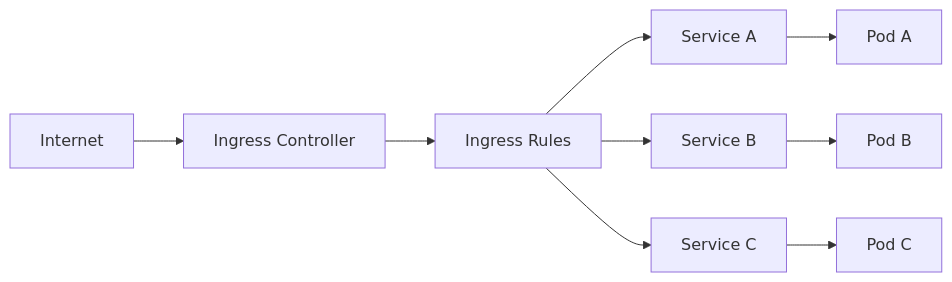
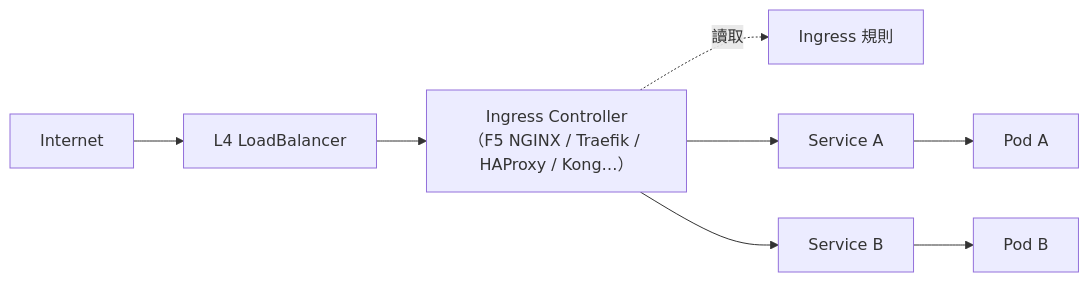
Before and after one commit to chihhung/Blog: diagram 12 of 31 in content/posts/教學/工具/Kubernetes教學手冊.md, drawn with Mermaid. The commit also changed other lines of this file and 8 other files, not shown here.

````diff
--- a/content/posts/教學/工具/Kubernetes教學手冊.md
+++ b/content/posts/教學/工具/Kubernetes教學手冊.md
@@ -798,11 +1892,10 @@
 ```mermaid
 flowchart LR
-    Internet[Internet] --> IC[Ingress Controller]
-    IC --> Ingress[Ingress Rules]
-    Ingress --> S1[Service A]
-    Ingress --> S2[Service B]
-    Ingress --> S3[Service C]
-    S1 --> P1[Pod A]
-    S2 --> P2[Pod B]
-    S3 --> P3[Pod C]
+    Internet["Internet"] --> LB["L4 LoadBalancer"]
+    LB --> IC["Ingress Controller<br/>（F5 NGINX / Traefik / HAProxy / Kong…）"]
+    IC -. "讀取" .-> ING["Ingress 規則"]
+    IC --> S1["Service A"]
+    IC --> S2["Service B"]
+    S1 --> P1["Pod A"]
+    S2 --> P2["Pod B"]
 ```
````
